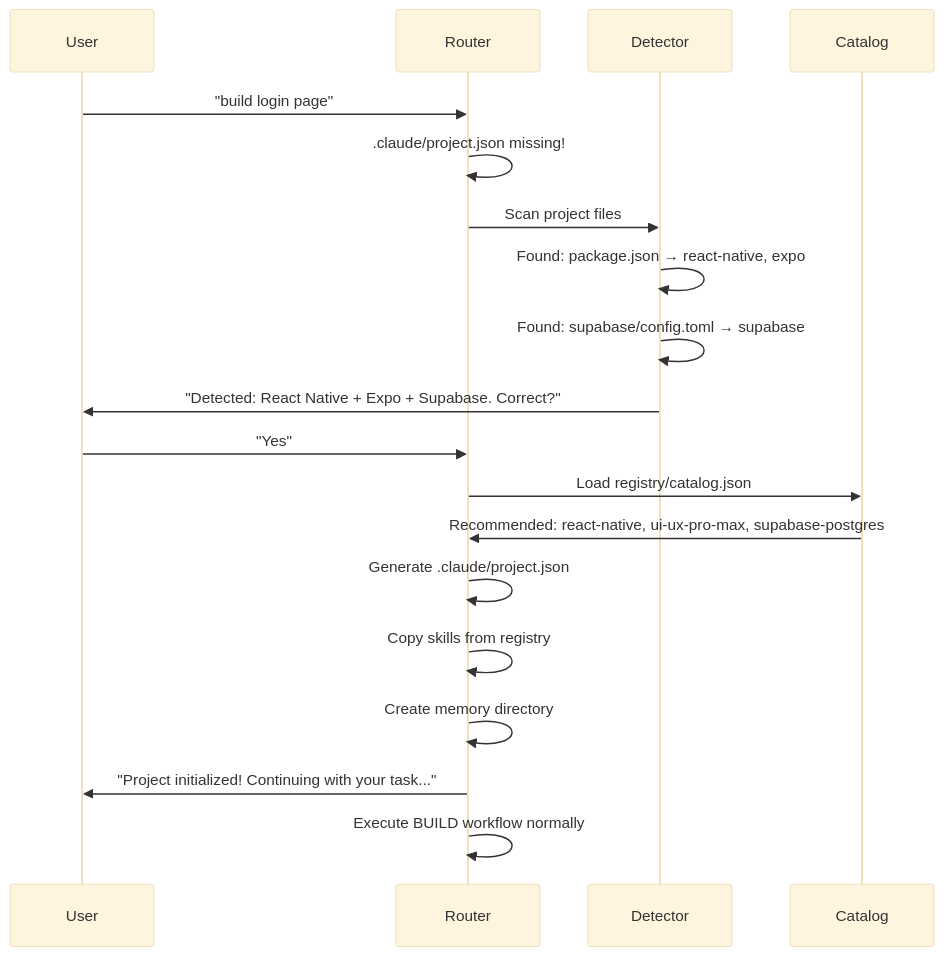
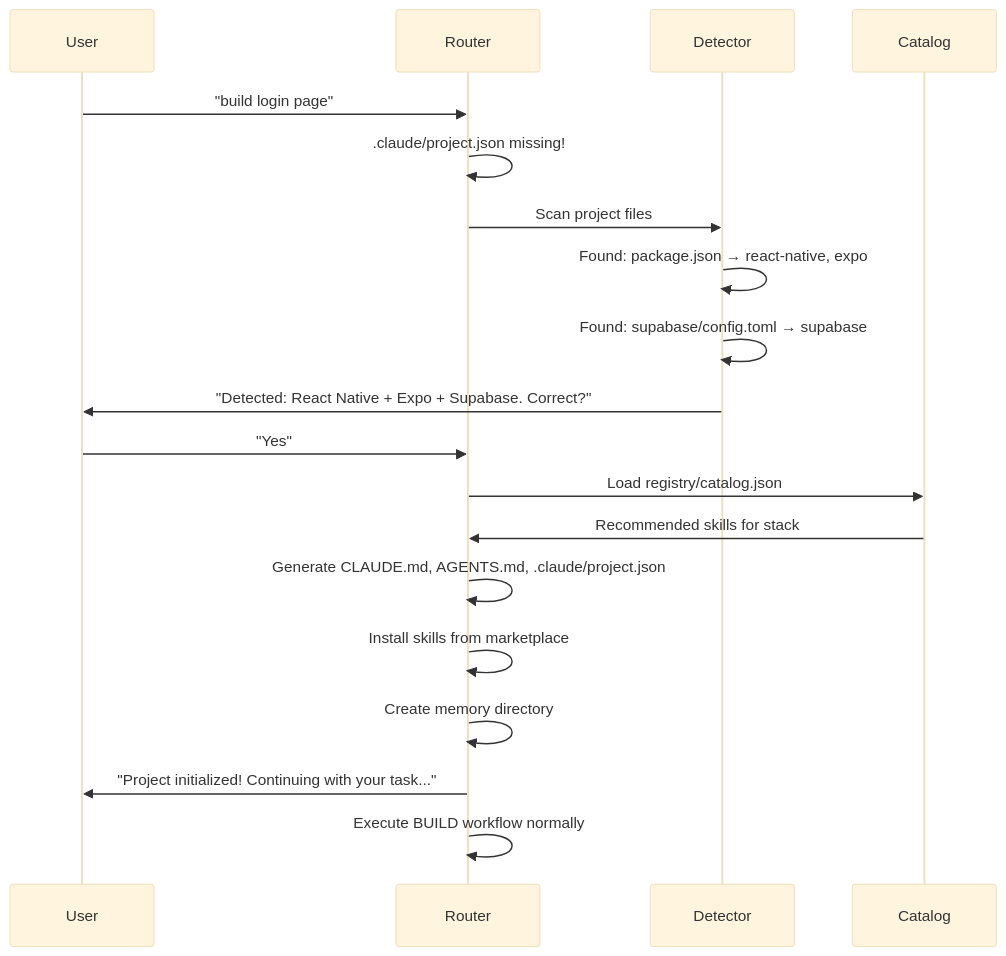
Before and after one commit to vlady98ish/claude-ship: the ninth of 11 diagrams in README.md, drawn with Mermaid (base theme). The commit also changed other lines of this file and 2 other files, not shown here.

First line of the commit message:
Update plugin manifest and README for proper Claude Code plugin distribution

````diff
--- a/README.md
+++ b/README.md
@@ -397,22 +382,22 @@
 ```mermaid
 sequenceDiagram
     participant U as User
     participant R as Router
     participant D as Detector
     participant C as Catalog
 
     U->>R: "build login page"
     R->>R: .claude/project.json missing!
     R->>D: Scan project files
     D->>D: Found: package.json → react-native, expo
     D->>D: Found: supabase/config.toml → supabase
     D->>U: "Detected: React Native + Expo + Supabase. Correct?"
     U->>R: "Yes"
     R->>C: Load registry/catalog.json
-    C->>R: Recommended: react-native, ui-ux-pro-max, supabase-postgres
-    R->>R: Generate .claude/project.json
-    R->>R: Copy skills from registry
+    C->>R: Recommended skills for stack
+    R->>R: Generate CLAUDE.md, AGENTS.md, .claude/project.json
+    R->>R: Install skills from marketplace
     R->>R: Create memory directory
     R->>U: "Project initialized! Continuing with your task..."
     R->>R: Execute BUILD workflow normally
 ```
````
